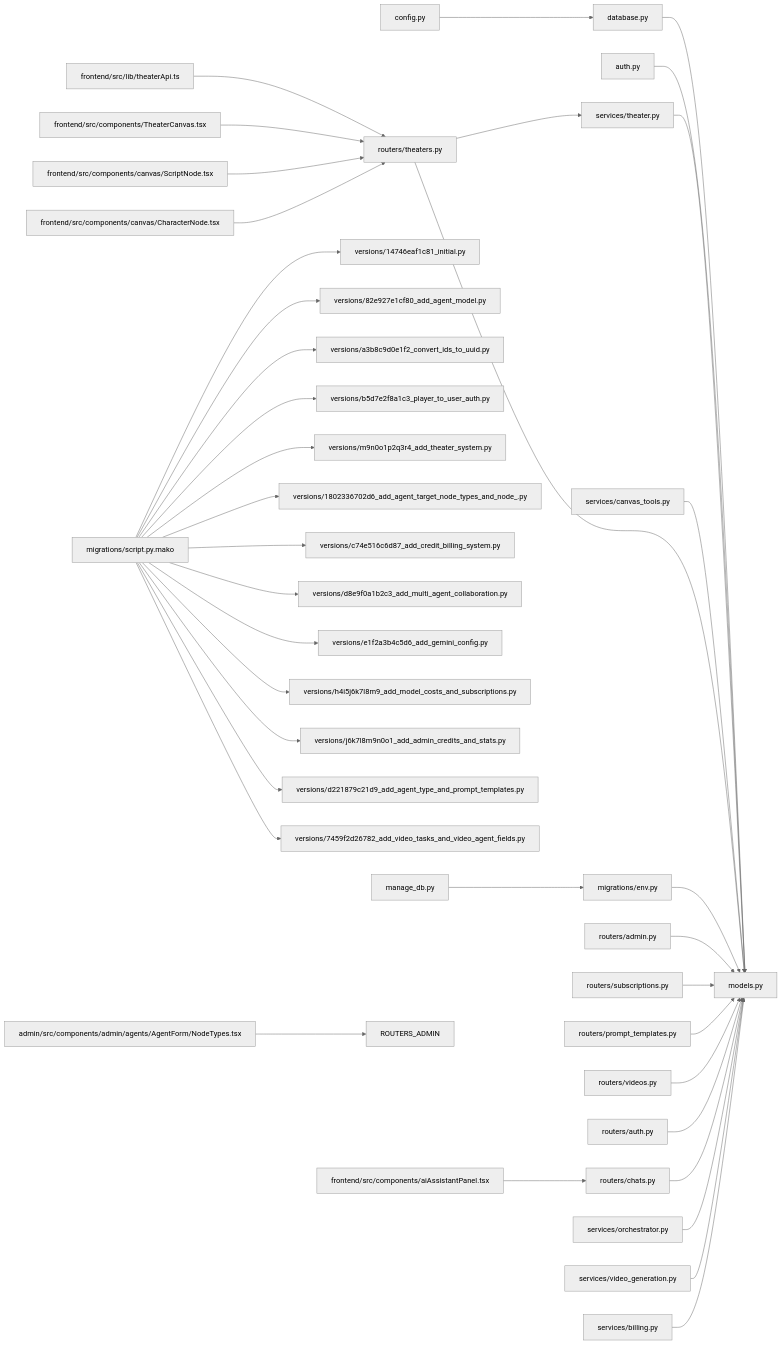
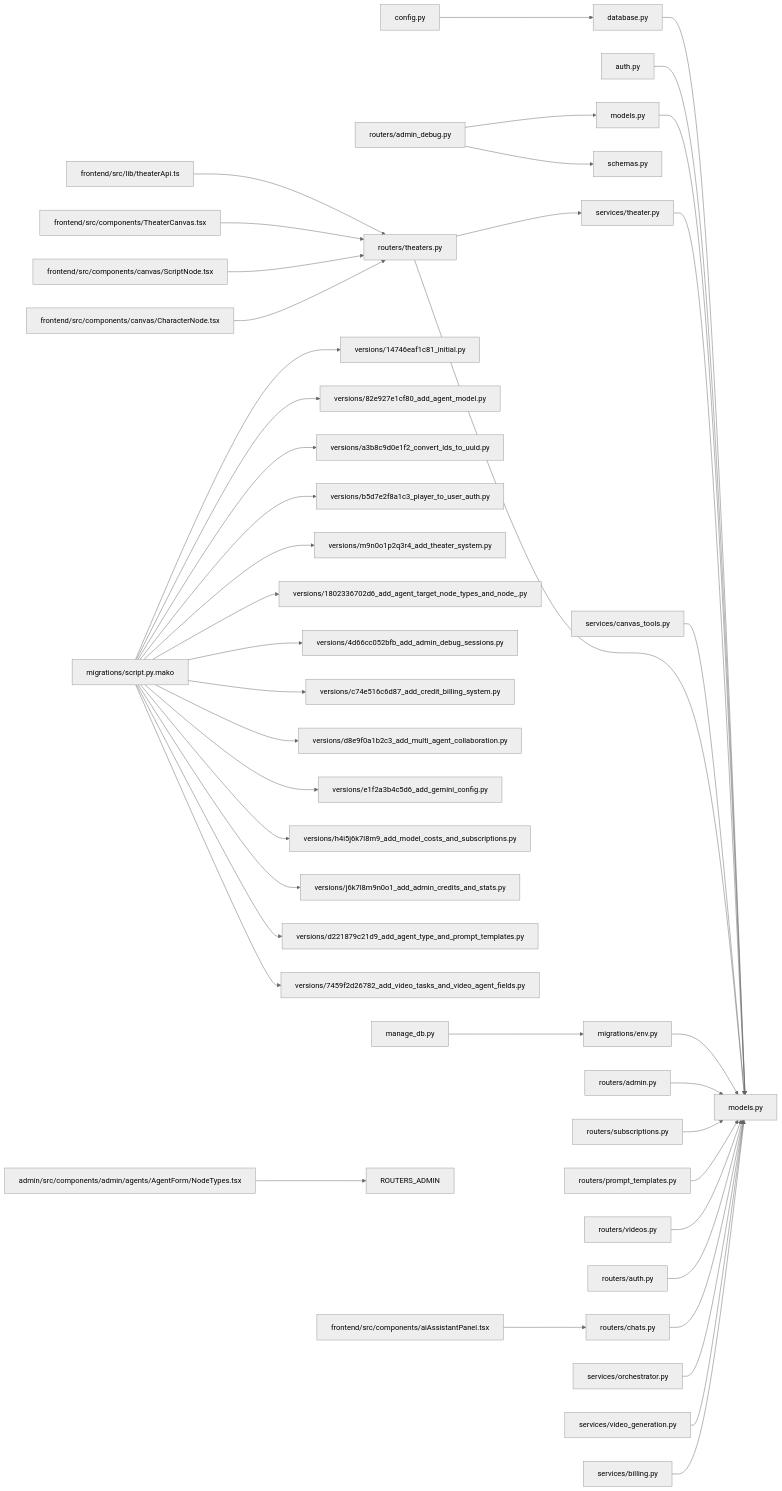
The fourth of 5 diagrams in .qoder/repowiki/zh/content/后端开发指南/数据库模型设计.md (KunLabAI/KunFlix), drawn with Mermaid (neutral theme) before and after one commit. The commit also changed other lines of this file and 12 other files, not shown here.

````diff
--- a/.qoder/repowiki/zh/content/后端开发指南/数据库模型设计.md
+++ b/.qoder/repowiki/zh/content/后端开发指南/数据库模型设计.md
@@ -1097,40 +1196,44 @@
 ```mermaid
 graph LR
 CFG["config.py"] --> DB["database.py"]
 DB --> MODELS["models.py"]
 AUTH["auth.py"] --> MODELS
+ADMIN_DEBUG_ROUTER["routers/admin_debug.py"] --> ADMIN_DEBUG_MODELS["models.py"]
+ADMIN_DEBUG_ROUTER --> ADMIN_DEBUG_SCHEMAS["schemas.py"]
+ADMIN_DEBUG_MODELS --> MODELS
 THEATER_ROUTER["routers/theaters.py"] --> THEATER_SERVICE["services/theater.py"]
 THEATER_SERVICE --> MODELS
 CANVAS_TOOLS["services/canvas_tools.py"] --> MODELS
 THEATER_ROUTER --> MODELS
 ENV["migrations/env.py"] --> MODELS
 SCRIPT["migrations/script.py.mako"] --> V1["versions/14746eaf1c81_initial.py"]
 SCRIPT --> V2["versions/82e927e1cf80_add_agent_model.py"]
 SCRIPT --> VUUID["versions/a3b8c9d0e1f2_convert_ids_to_uuid.py"]
 SCRIPT --> VUSER["versions/b5d7e2f8a1c3_player_to_user_auth.py"]
 SCRIPT --> VTHEATER["versions/m9n0o1p2q3r4_add_theater_system.py"]
 SCRIPT --> VPERMISSION["versions/1802336702d6_add_agent_target_node_types_and_node_.py"]
+SCRIPT --> VDEBUG["versions/4d66cc052bfb_add_admin_debug_sessions.py"]
 SCRIPT --> VC["versions/c74e516c6d87_add_credit_billing_system.py"]
 SCRIPT --> VM["versions/d8e9f0a1b2c3_add_multi_agent_collaboration.py"]
 SCRIPT --> VG["versions/e1f2a3b4c5d6_add_gemini_config.py"]
 SCRIPT --> VS["versions/h4i5j6k7l8m9_add_model_costs_and_subscriptions.py"]
 SCRIPT --> VA["versions/j6k7l8m9n0o1_add_admin_credits_and_stats.py"]
 SCRIPT --> VP["versions/d221879c21d9_add_agent_type_and_prompt_templates.py"]
 SCRIPT --> VV["versions/7459f2d26782_add_video_tasks_and_video_agent_fields.py"]
 ROUTERS_A["routers/admin.py"] --> MODELS
 ROUTERS_S["routers/subscriptions.py"] --> MODELS
 ROUTERS_P["routers/prompt_templates.py"] --> MODELS
 ROUTERS_V["routers/videos.py"] --> MODELS
 ROUTERS_AUTH["routers/auth.py"] --> MODELS
 ROUTERS_CHAT["routers/chats.py"] --> MODELS
 SVC_O["services/orchestrator.py"] --> MODELS
 SVC_V["services/video_generation.py"] --> MODELS
 SVC_B["services/billing.py"] --> MODELS
 FRONTEND_THEATER["frontend/src/lib/theaterApi.ts"] --> THEATER_ROUTER
 FRONTEND_CANVAS["frontend/src/components/TheaterCanvas.tsx"] --> THEATER_ROUTER
 FRONTEND_SCRIPT["frontend/src/components/canvas/ScriptNode.tsx"] --> THEATER_ROUTER
 FRONTEND_CHAR["frontend/src/components/canvas/CharacterNode.tsx"] --> THEATER_ROUTER
 FRONTEND_AI["frontend/src/components/aiAssistantPanel.tsx"] --> ROUTERS_CHAT
 ADMIN_FORM["admin/src/components/admin/agents/AgentForm/NodeTypes.tsx"] --> ROUTERS_ADMIN
 MAN["manage_db.py"] --> ENV
 ```
````
